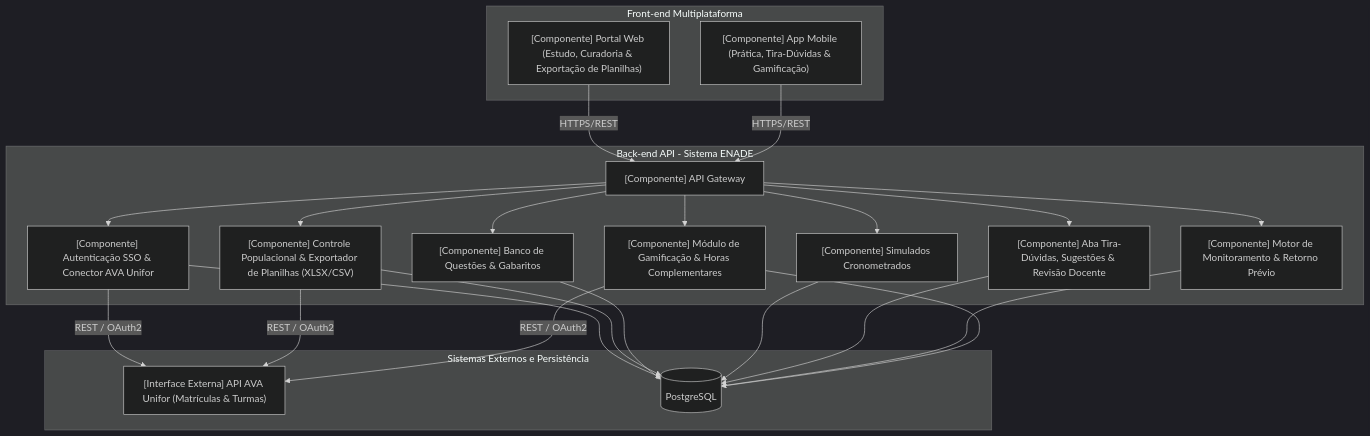
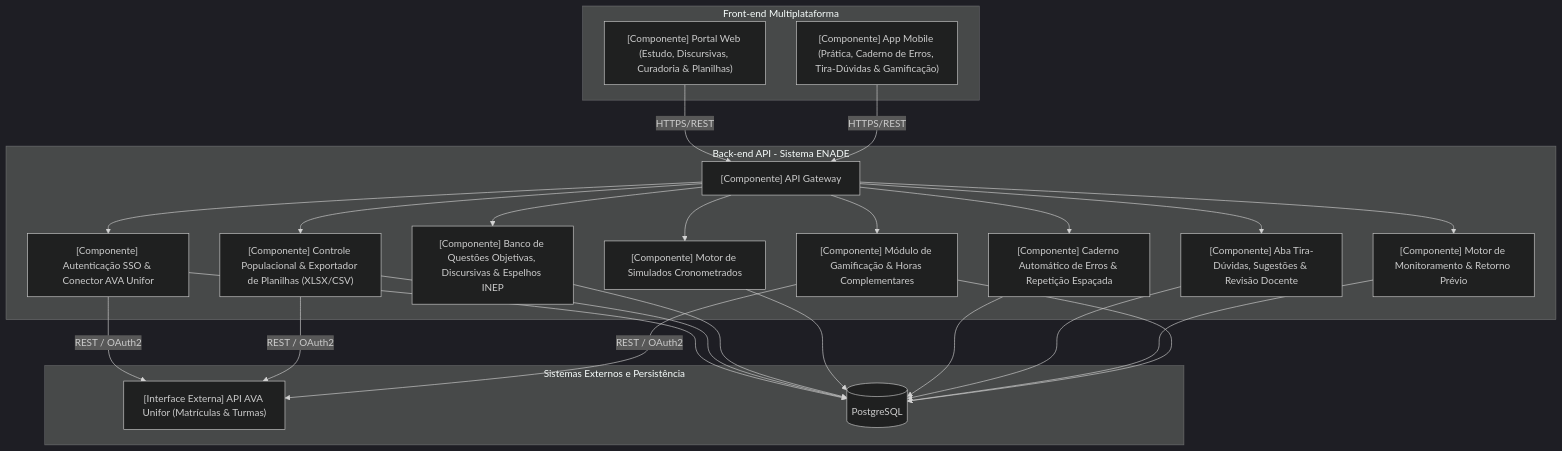
One commit to joaohgabriell/sistema-apoio-enade-unifor changed the second of 3 diagrams in README.md. Above: the diagram before and after it, drawn with Mermaid (dark theme). The commit also changed other lines of this file, not shown here.

Commit message:
feat: adiciona caderno automatico de erros e treino de questoes discursivas

```diff
--- a/README.md
+++ b/README.md
@@ -140,26 +153,27 @@
 ~~~mermaid
 flowchart TB
     subgraph Front-end Multiplataforma
-        Web["[Componente] Portal Web (Estudo, Curadoria & Exportação de Planilhas)"]
-        Mob["[Componente] App Mobile (Prática, Tira-Dúvidas & Gamificação)"]
+        Web["[Componente] Portal Web (Estudo, Discursivas, Curadoria & Planilhas)"]
+        Mob["[Componente] App Mobile (Prática, Caderno de Erros, Tira-Dúvidas & Gamificação)"]
     end
     subgraph Back-end API - Sistema ENADE
         API["[Componente] API Gateway"]
         Auth["[Componente] Autenticação SSO & Conector AVA Unifor"]
         PopCtrl["[Componente] Controle Populacional & Exportador de Planilhas (XLSX/CSV)"]
-        BancoQ["[Componente] Banco de Questões & Gabaritos"]
-        Sim["[Componente] Simulados Cronometrados"]
+        BancoQ["[Componente] Banco de Questões Objetivas, Discursivas & Espelhos INEP"]
+        Sim["[Componente] Motor de Simulados Cronometrados"]
+        CadErros["[Componente] Caderno Automático de Erros & Repetição Espaçada"]
         TiraDuvidas["[Componente] Aba Tira-Dúvidas, Sugestões & Revisão Docente"]
         Monit["[Componente] Motor de Monitoramento & Retorno Prévio"]
         Gamif["[Componente] Módulo de Gamificação & Horas Complementares"]
     end
     subgraph Sistemas Externos e Persistência
         AVA_API["[Interface Externa] API AVA Unifor (Matrículas & Turmas)"]
         DB[("PostgreSQL")]
     end
 
     Web & Mob -->|HTTPS/REST| API
-    API --> Auth & PopCtrl & BancoQ & Sim & TiraDuvidas & Monit & Gamif
+    API --> Auth & PopCtrl & BancoQ & Sim & CadErros & TiraDuvidas & Monit & Gamif
     Auth & PopCtrl & Gamif -->|REST / OAuth2| AVA_API
-    Auth & PopCtrl & BancoQ & Sim & TiraDuvidas & Monit & Gamif --> DB
+    Auth & PopCtrl & BancoQ & Sim & CadErros & TiraDuvidas & Monit & Gamif --> DB
 ~~~
```
